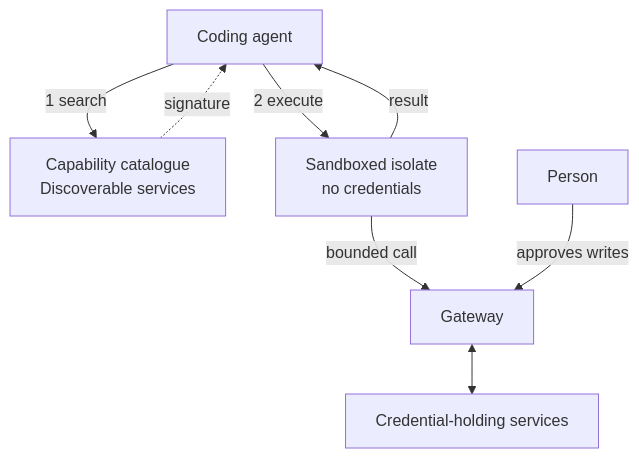
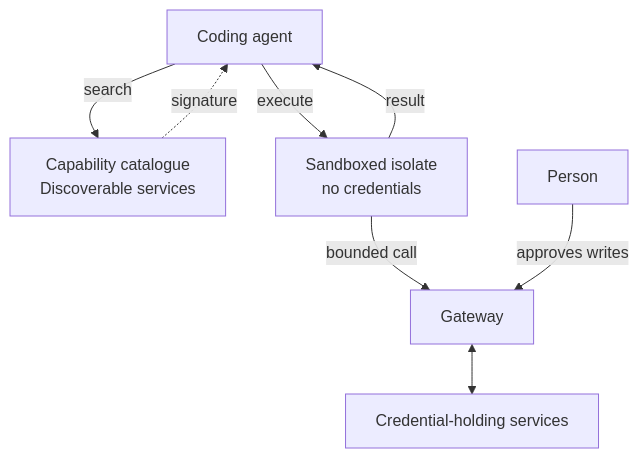
Before and after one commit to PascalAI2024/PascalAI2024: the diagram in README.md, drawn with Mermaid. The commit also changed other lines of this file, not shown here.

````diff
--- a/README.md
+++ b/README.md
@@ -72,10 +80,10 @@
 ```mermaid
 flowchart TB
-    A["Coding agent"] -->|"1 search"| C["Capability catalogue<br/>Discoverable services"]
+    A["Coding agent"] -->|"search"| C["Capability catalogue<br/>Discoverable services"]
     C -.->|"signature"| A
-    A -->|"2 execute"| S["Sandboxed isolate<br/>no credentials"]
+    A -->|"execute"| S["Sandboxed isolate<br/>no credentials"]
     S -->|"bounded call"| G["Gateway"]
     G <--> V["Credential-holding services"]
     S -->|"result"| A
     H["Person"] -->|"approves writes"| G
 ```
````
